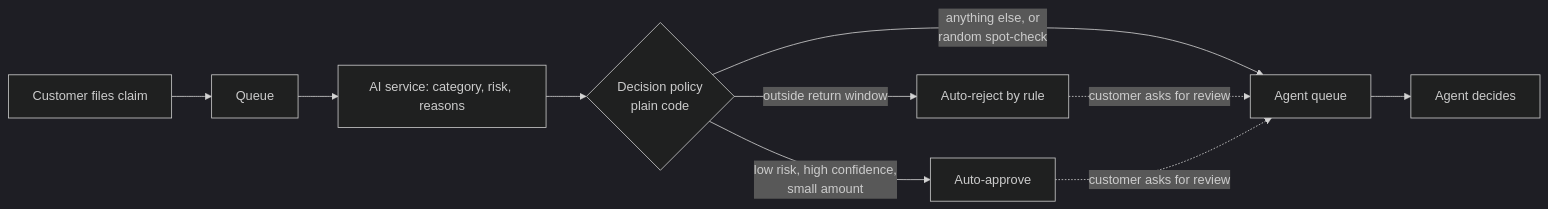
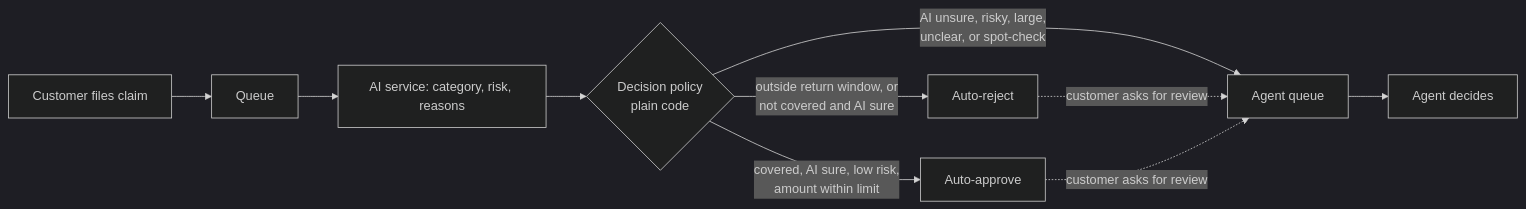
Before and after one commit to ahmed-amine-jerbi/ReturnFlow: the diagram in README.md, drawn with Mermaid (dark theme). The commit also changed other lines of this file and 3 other files, not shown here.

````diff
--- a/README.md
+++ b/README.md
@@ -42,12 +42,12 @@
 ```mermaid
 flowchart LR
     C[Customer files claim] --> Q[Queue]
     Q --> AI[AI service: category, risk, reasons]
     AI --> P{Decision policy<br/>plain code}
-    P -->|outside return window| R[Auto-reject by rule]
-    P -->|low risk, high confidence,<br/>small amount| A[Auto-approve]
-    P -->|anything else, or<br/>random spot-check| H[Agent queue]
+    P -->|outside return window, or<br/>not covered and AI sure| R[Auto-reject]
+    P -->|covered, AI sure, low risk,<br/>amount within limit| A[Auto-approve]
+    P -->|AI unsure, risky, large,<br/>unclear, or spot-check| H[Agent queue]
     R -. customer asks for review .-> H
     A -. customer asks for review .-> H
     H --> D[Agent decides]
 ```
````
